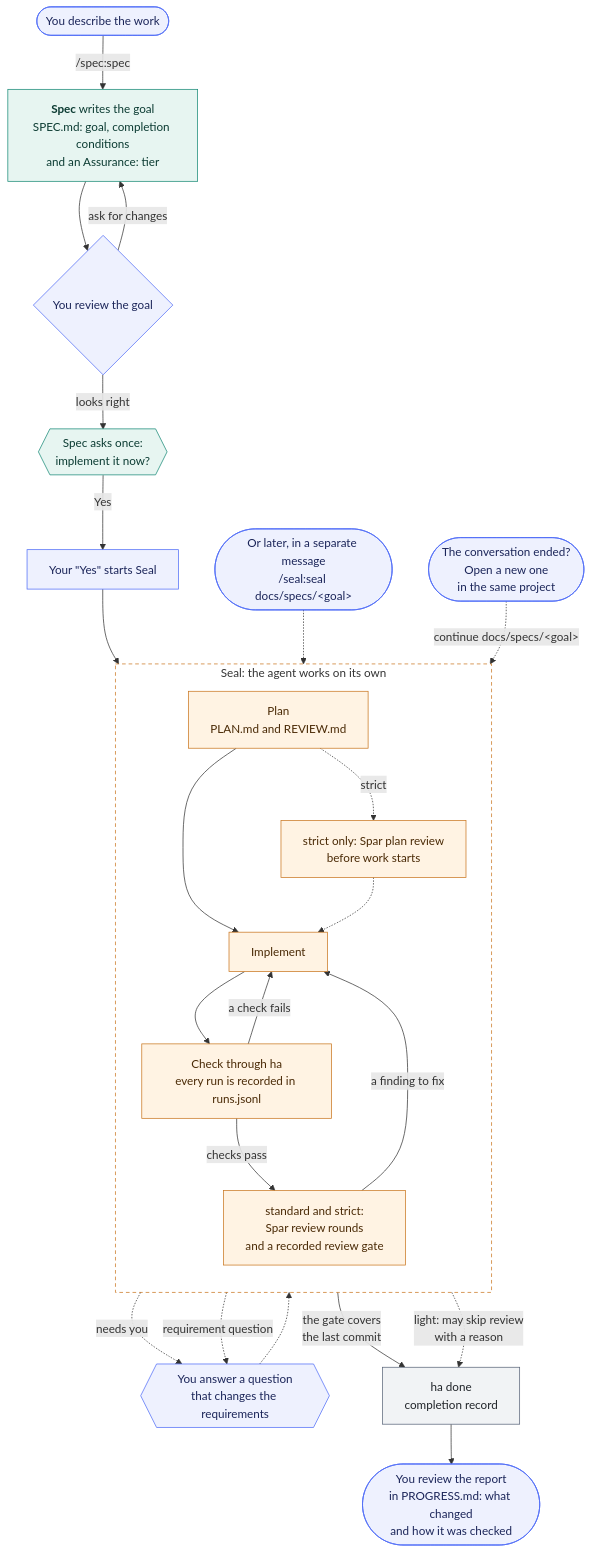
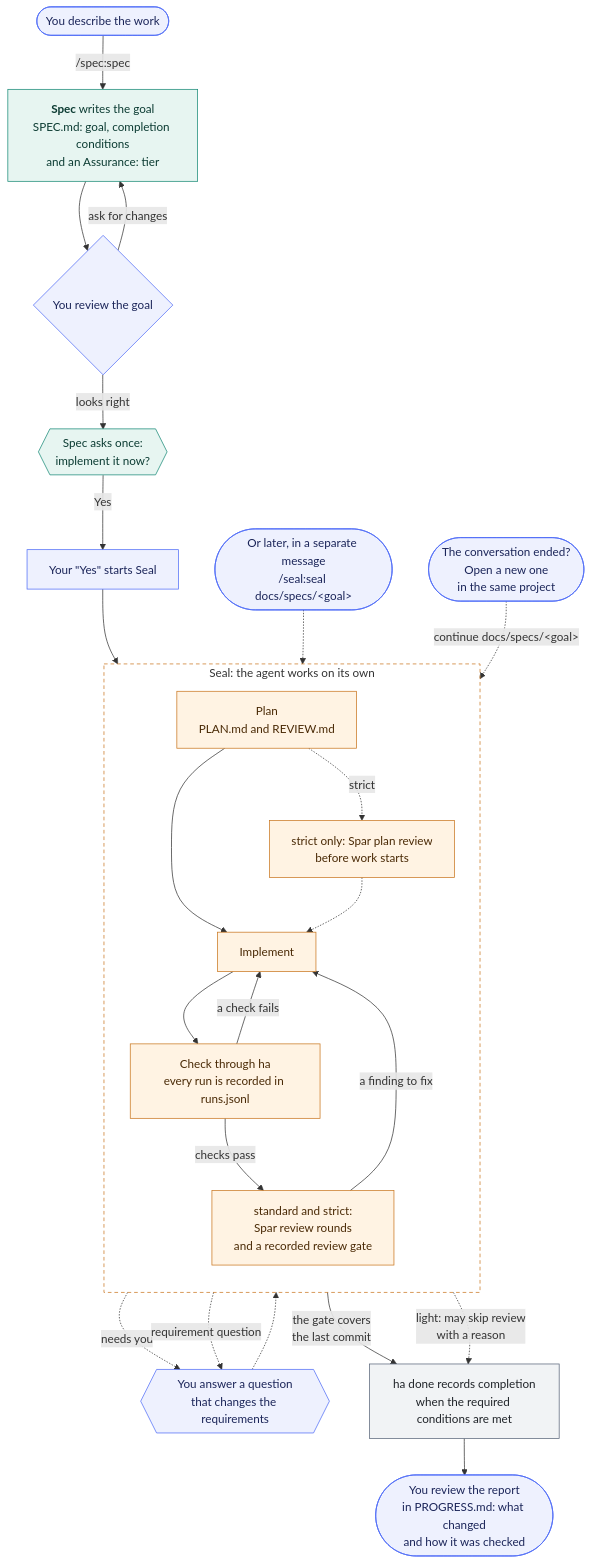
The diagram in README.md (jgoneit/jaekit), drawn with Mermaid before and after one commit. The commit also changed 7 other files, not shown here.

First line of the commit message:
Show the required-condition guard on every path into ha done

````diff
--- a/README.md
+++ b/README.md
@@ -38,49 +38,49 @@
 ```mermaid
 flowchart TD
     ask(["You describe the work"])
     spec["<b>Spec</b> writes the goal<br/>SPEC.md: goal, completion conditions<br/>and an Assurance: tier"]
     review{"You review the goal"}
     asknow{{"Spec asks once:<br/>implement it now?"}}
     start["Your #quot;Yes#quot; starts Seal"]
     separate(["Or later, in a separate message<br/>/seal:seal docs/specs/#lt;goal#gt;"])
     subgraph seal ["Seal: the agent works on its own"]
         direction TB
         plan["Plan<br/>PLAN.md and REVIEW.md"]
         planreview["strict only: Spar plan review<br/>before work starts"]
         build["Implement"]
         check["Check through ha<br/>every run is recorded in runs.jsonl"]
         spar["standard and strict:<br/>Spar review rounds<br/>and a recorded review gate"]
         plan --> build --> check
         plan -.->|"strict"| planreview -.-> build
         check -->|"a check fails"| build
         check -->|"checks pass"| spar
         spar -->|"a finding to fix"| build
     end
     decide{{"You answer a question<br/>that changes the requirements"}}
-    done["ha done<br/>completion record"]
+    done["ha done records completion<br/>when the required conditions are met"]
     report(["You review the report<br/>in PROGRESS.md: what changed<br/>and how it was checked"])
     resume(["The conversation ended?<br/>Open a new one<br/>in the same project"])
 
     ask -->|"/spec:spec"| spec --> review
     review -->|"ask for changes"| spec
     review -->|"looks right"| asknow
     asknow -->|"Yes"| start --> plan
     separate -.-> plan
     check -.->|"needs you"| decide
     spar -.->|"requirement question"| decide
     decide -.-> build
     spar -->|"the gate covers<br/>the last commit"| done
     check -.->|"light: may skip review<br/>with a reason"| done
     done --> report
     resume -.->|"continue docs/specs/#lt;goal#gt;"| plan
 
     classDef you fill:#EEF1FE,stroke:#4F6CF7,color:#1B2559
     classDef specStep fill:#E7F5F1,stroke:#168975,color:#0B3B32
     classDef sealStep fill:#FFF3E3,stroke:#C9761F,color:#4A2A06
     classDef record fill:#F1F3F5,stroke:#596579,color:#1F2328
     class ask,review,start,separate,decide,report,resume you
     class spec,asknow specStep
     class plan,planreview,build,check,spar sealStep
     class done record
     style seal fill:none,stroke:#C9761F,stroke-dasharray:5 4
 ```
````
